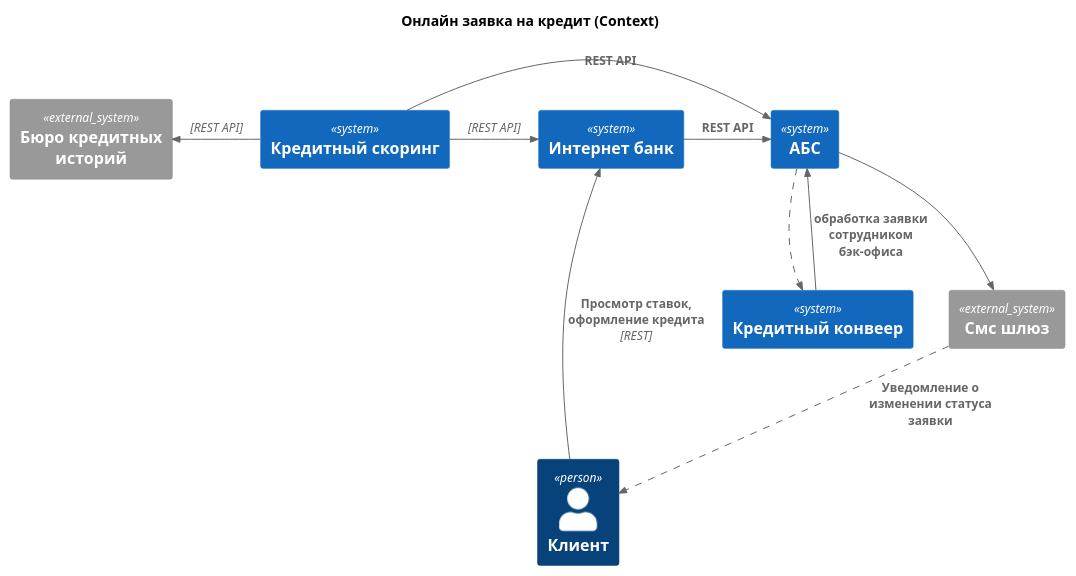
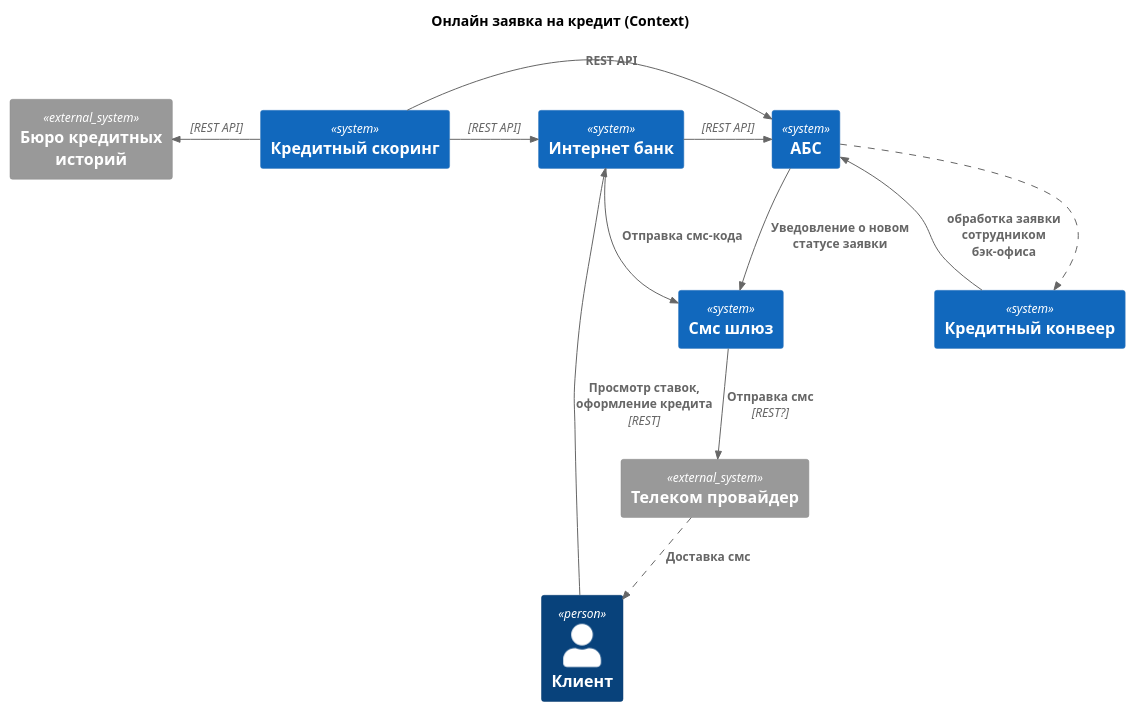
One commit to bugurshik/architecture-pro-standart changed the diagram in Task5/context.puml. Above: the diagram before and after it, drawn with PlantUML.

Commit message:
update gateway

```diff
--- a/Task5/context.puml
+++ b/Task5/context.puml
@@ -1,30 +1,33 @@
 @startuml Заявка на кредит - Context Diagram
 !include https://raw.githubusercontent.com/plantuml-stdlib/C4-PlantUML/master/C4_Context.puml
 AddRelTag("asyncLine", $lineStyle=DashedLine())
 
 title  Онлайн заявка на кредит (Context)
 Person(customer, "Клиент", "")
 
 System(internet_bank, "Интернет банк", "", "", "")
 
 System(abc, "АБС", "", "", "")
 System(credit_score, "Кредитный скоринг", "", "", "")
 System(conveer, "Кредитный конвеер", "", "", "")
 System_Ext(buro, "Бюро кредитных историй")
 
-System_Ext(sms_gateway, "Смс шлюз")
+System(sms_gateway, "Смс шлюз")
+System_Ext(sms_provider, "Телеком провайдер")
+
+Rel(sms_gateway, sms_provider, "Отправка смс", "REST?")
+Rel(sms_provider, customer, "Доставка смс", $tags="asyncLine")
 
 Rel(customer, internet_bank, "Просмотр ставок, оформление кредита", "REST")
-Rel(abc, sms_gateway, "")
+Rel(abc, sms_gateway, "Уведовление о новом статусе заявки")
 
 Rel(abc, conveer, "", $tags="asyncLine" )
 Rel(conveer, abc, "обработка заявки сотрудником бэк-офиса", )
 
-Rel(sms_gateway, customer, "Уведомление о изменении статуса заявки", $tags="asyncLine")
-
-Rel_R(internet_bank, abc, "REST API")
+Rel_R(internet_bank, abc, "", "REST API")
+Rel_R(internet_bank, sms_gateway, "Отправка смс-кода")
 Rel_R(credit_score, internet_bank, "", "REST API")
 Rel_L(credit_score, buro, "", "REST API")
 Rel_R(credit_score, abc, "REST API")
 
 @enduml
```
